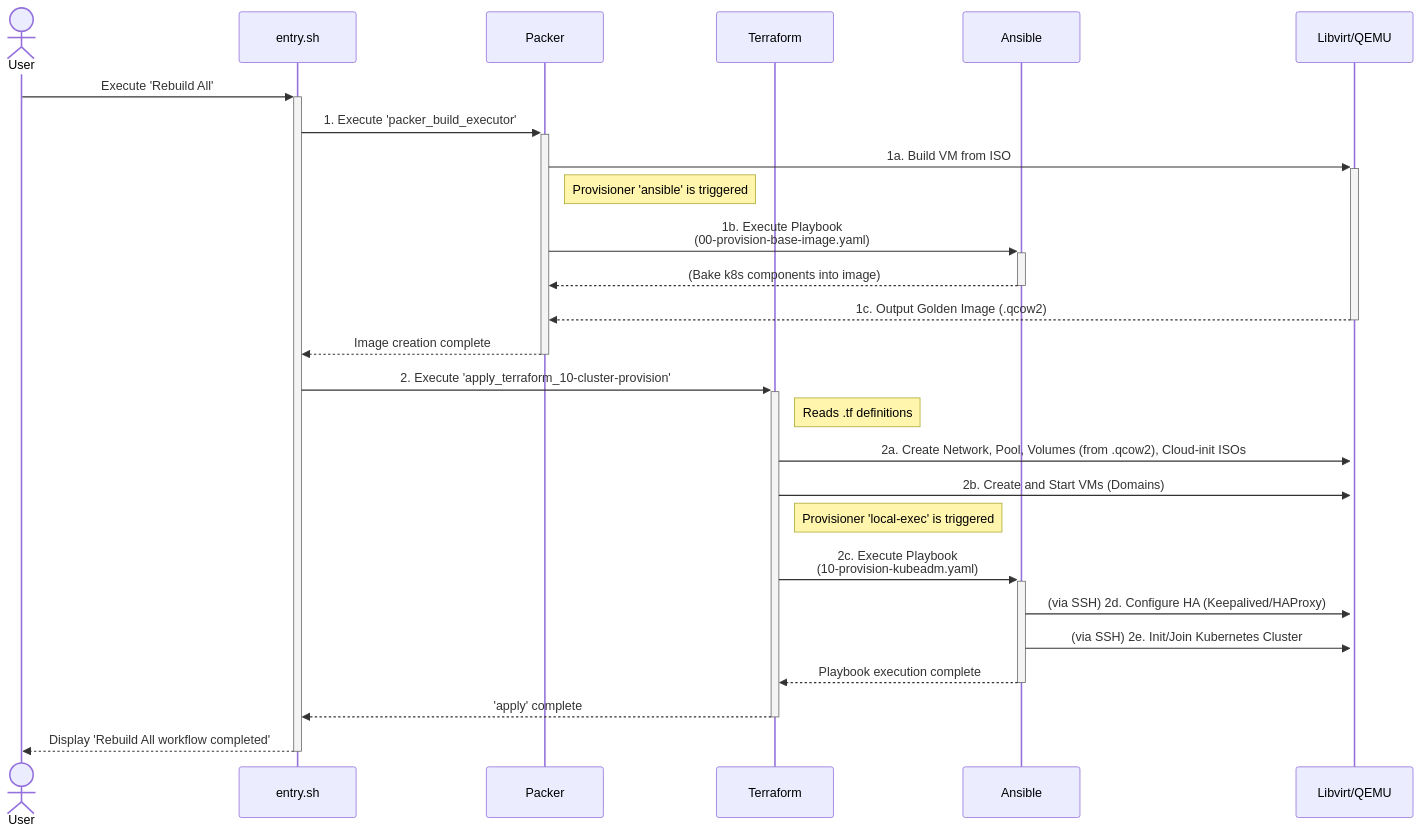
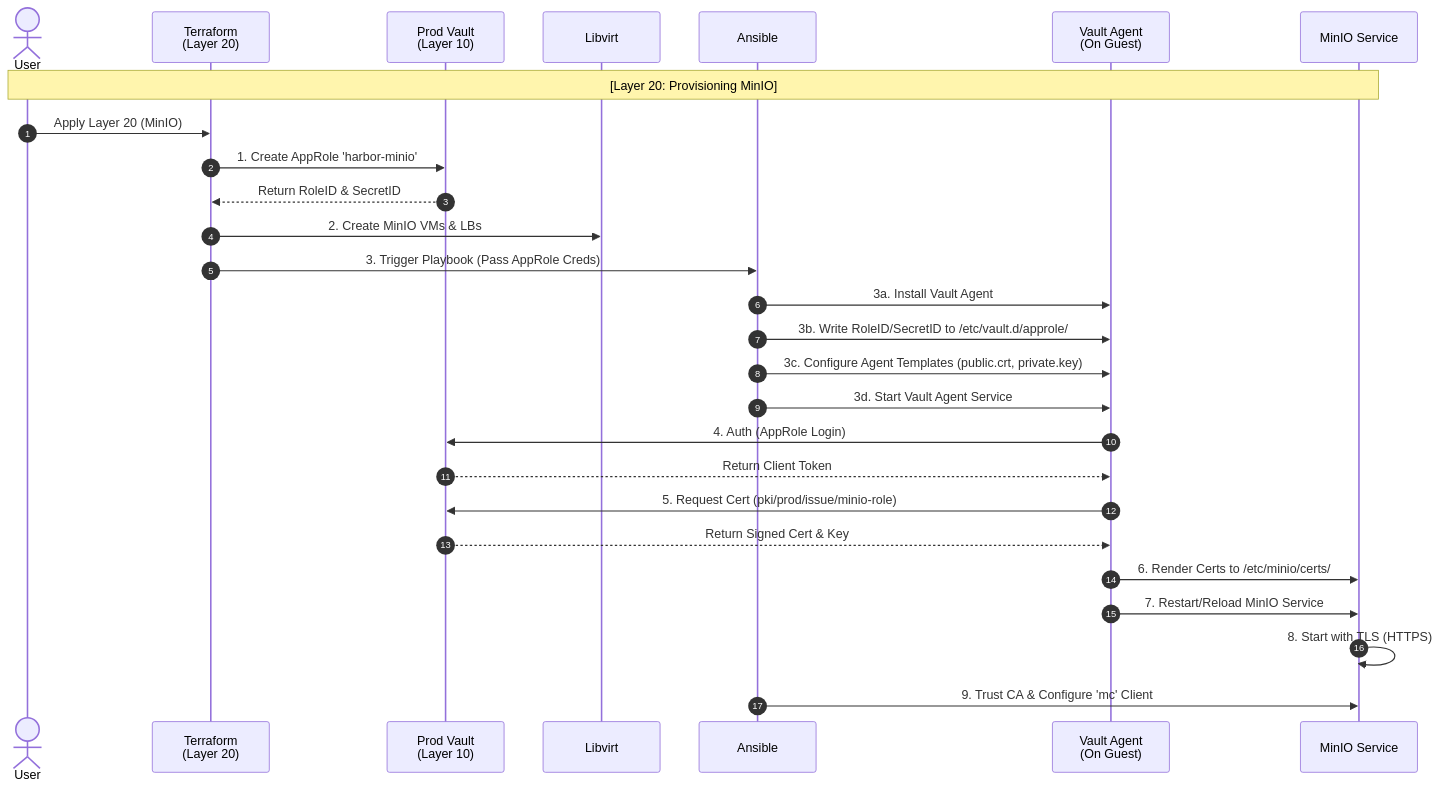
The second of 2 diagrams in README.md (csning1998/on-premise-gitlab-deployment), drawn with Mermaid before and after one commit. The commit also changed other lines of this file and 71 other files, not shown here.

First line of the commit message:
refactor(pki-dbs): Integrated Data Services to Vault PKI & Dual-Track Vault Management (#39)

````diff
--- a/README.md
+++ b/README.md
@@ -484,31 +537,41 @@
-```mermaid
-sequenceDiagram
-    actor User
-    participant Entrypoint as entry.sh
-    participant Packer
-    participant Terraform
-    participant Ansible
-    participant Libvirt as Libvirt/QEMU
+    ```mermaid
+    sequenceDiagram
+        autonumber
+        actor User
+        participant TF as Terraform<br>(Layer 20)
+        participant ProdVault as Prod Vault<br>(Layer 10)
+        participant Libvirt
+        participant Ansible
+        participant Agent as Vault Agent<br>(On Guest)
+        participant Service as MinIO Service
 
-    User->>+Entrypoint: Execute 'Rebuild All'
+        Note over User, Service: [Layer 20: Provisioning MinIO]
 
-    Entrypoint->>+Packer: 1. Execute 'packer_build_executor'
-    Packer->>+Libvirt: 1a. Build VM from ISO
-    note right of Packer: Provisioner 'ansible' is triggered
-    Packer->>+Ansible: 1b. Execute Playbook<br>(00-provision-base-image.yaml)
-    Ansible-->>-Packer: (Bake k8s components into image)
-    Libvirt-->>-Packer: 1c. Output Golden Image (.qcow2)
-    Packer-->>-Entrypoint: Image creation complete
+        %% Terraform Phase
+        User->>TF: Apply Layer 20 (MinIO)
+        TF->>ProdVault: 1. Create AppRole 'harbor-minio'
+        ProdVault-->>TF: Return RoleID & SecretID
+        TF->>Libvirt: 2. Create MinIO VMs & LBs
 
-    Entrypoint->>+Terraform: 2. Execute 'apply_terraform_10-cluster-provision'
-    note right of Terraform: Reads .tf definitions
-    Terraform->>+Libvirt: 2a. Create Network, Pool, Volumes (from .qcow2), Cloud-init ISOs
-    Terraform->>+Libvirt: 2b. Create and Start VMs (Domains)
-    note right of Terraform: Provisioner 'local-exec' is triggered
-    Terraform->>+Ansible: 2c. Execute Playbook<br>(10-provision-kubeadm.yaml)
-    Ansible->>Libvirt: (via SSH) 2d. Configure HA (Keepalived/HAProxy)
-    Ansible->>Libvirt: (via SSH) 2e. Init/Join Kubernetes Cluster
-    Ansible-->>-Terraform: Playbook execution complete
-    Terraform-->>-Entrypoint: 'apply' complete
-    Entrypoint-->>-User: Display 'Rebuild All workflow completed'
-```
+        %% Ansible Phase
+        TF->>Ansible: 3. Trigger Playbook (Pass AppRole Creds)
+
+        Ansible->>Agent: 3a. Install Vault Agent
+        Ansible->>Agent: 3b. Write RoleID/SecretID to /etc/vault.d/approle/
+        Ansible->>Agent: 3c. Configure Agent Templates (public.crt, private.key)
+        Ansible->>Agent: 3d. Start Vault Agent Service
+
+        %% Runtime Phase
+        Agent->>ProdVault: 4. Auth (AppRole Login)
+        ProdVault-->>Agent: Return Client Token
+        Agent->>ProdVault: 5. Request Cert (pki/prod/issue/minio-role)
+        ProdVault-->>Agent: Return Signed Cert & Key
+
+        Agent->>Service: 6. Render Certs to /etc/minio/certs/
+        Agent->>Service: 7. Restart/Reload MinIO Service
+
+        Service->>Service: 8. Start with TLS (HTTPS)
+
+        %% Client Config
+        Ansible->>Service: 9. Trust CA & Configure 'mc' Client
+    ```
````
